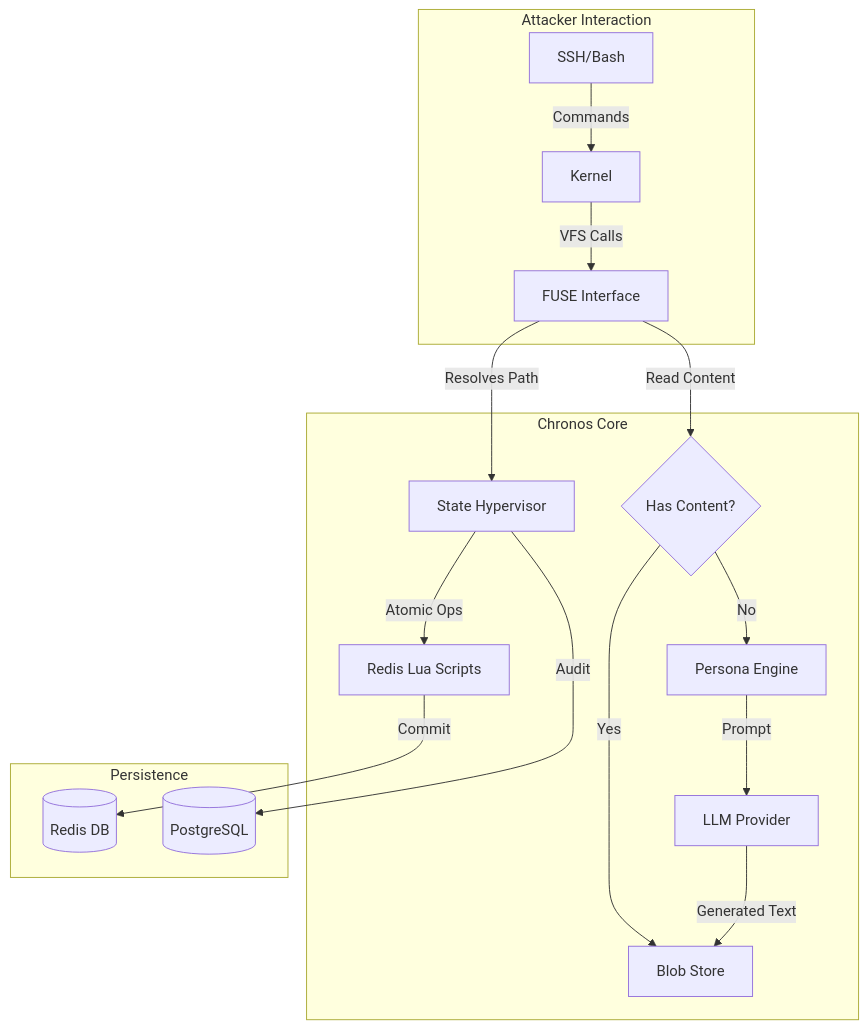
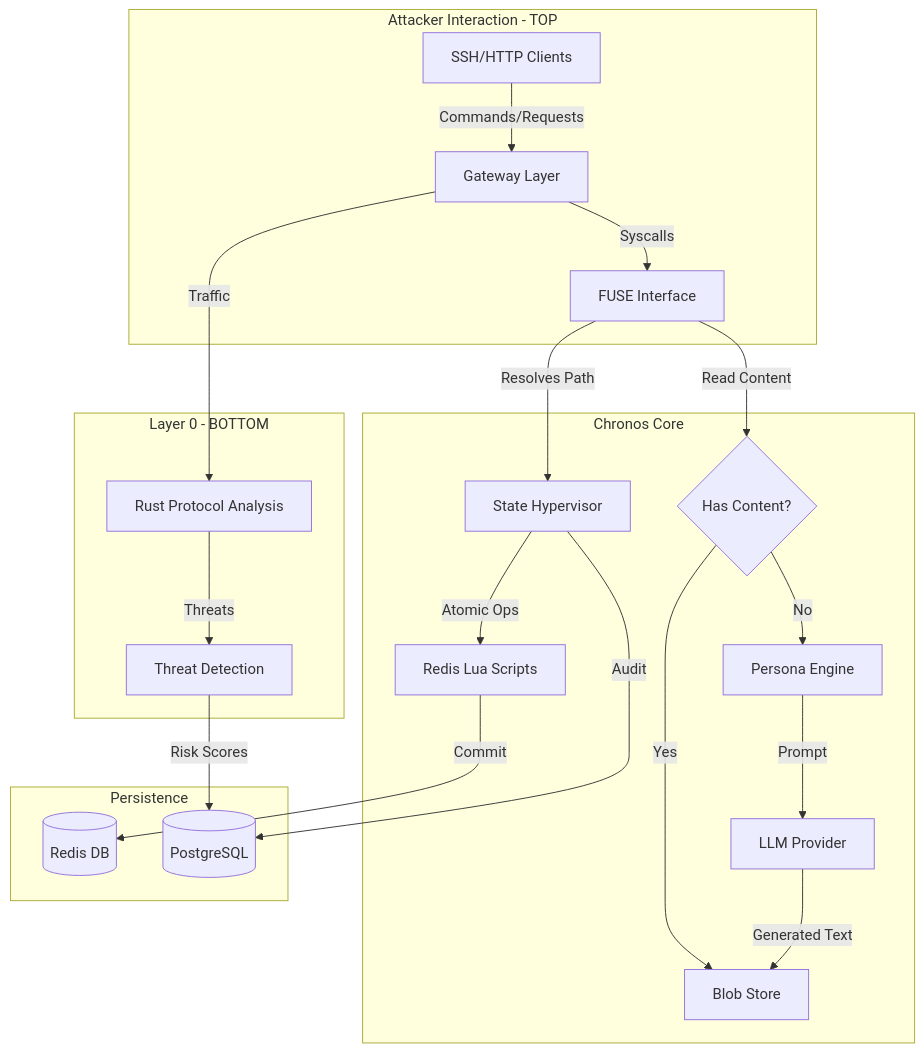
The diagram in docs/ARCHITECTURE.md (Rizzy1857/Apate), drawn with Mermaid before and after one commit. The commit also changed other lines of this file and 6 other files, not shown here.

````diff
--- a/docs/ARCHITECTURE.md
+++ b/docs/ARCHITECTURE.md
@@ -20,24 +22,30 @@
 ```mermaid
 graph TD
-    subgraph "Attacker Interaction"
-        Shell[SSH/Bash] -->|Commands| Kernel
-        Kernel -->|VFS Calls| Fuse[FUSE Interface]
+    subgraph "Attacker Interaction - TOP"
+        Shell[SSH/HTTP Clients] -->|Commands/Requests| Gateway[Gateway Layer]
+        Gateway -->|Syscalls| Fuse[FUSE Interface]
     end
 
     subgraph "Chronos Core"
         Fuse -->|Resolves Path| Hypervisor[State Hypervisor]
         Hypervisor -->|Atomic Ops| Lua[Redis Lua Scripts]
         
         Fuse -->|Read Content| Cache{Has Content?}
         Cache -->|Yes| Blob[Blob Store]
         Cache -->|No| Persona[Persona Engine]
         
         Persona -->|Prompt| LLM[LLM Provider]
         LLM -->|Generated Text| Blob
     end
 
     subgraph "Persistence"
         Lua -->|Commit| Redis[(Redis DB)]
         Hypervisor -->|Audit| Postgres[(PostgreSQL)]
     end
+
+    subgraph "Layer 0 - BOTTOM"
+        Gateway -->|Traffic| Layer0[Rust Protocol Analysis]
+        Layer0 -->|Threats| Skills[Threat Detection]
+        Skills -->|Risk Scores| Postgres
+    end
 ```
````
